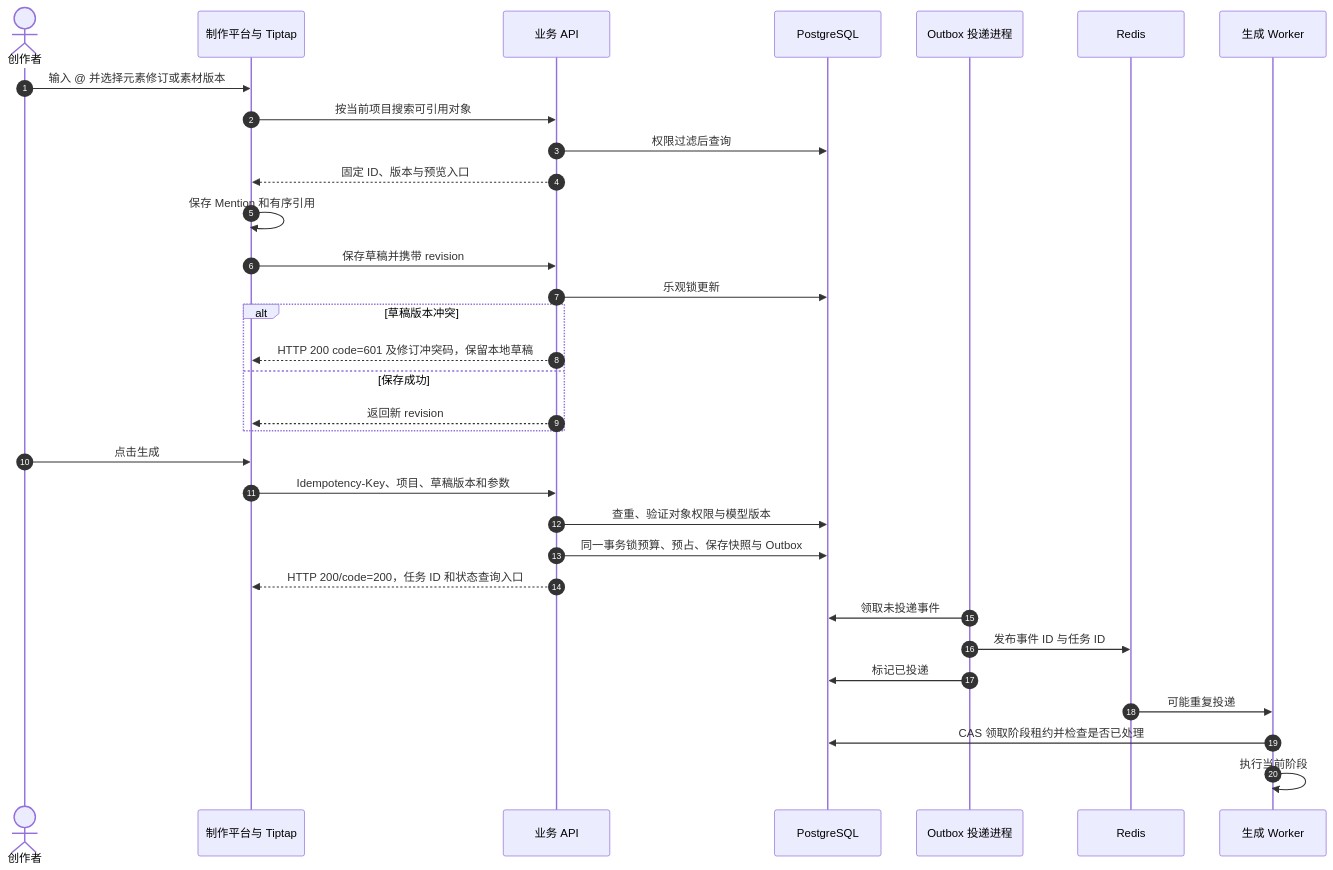
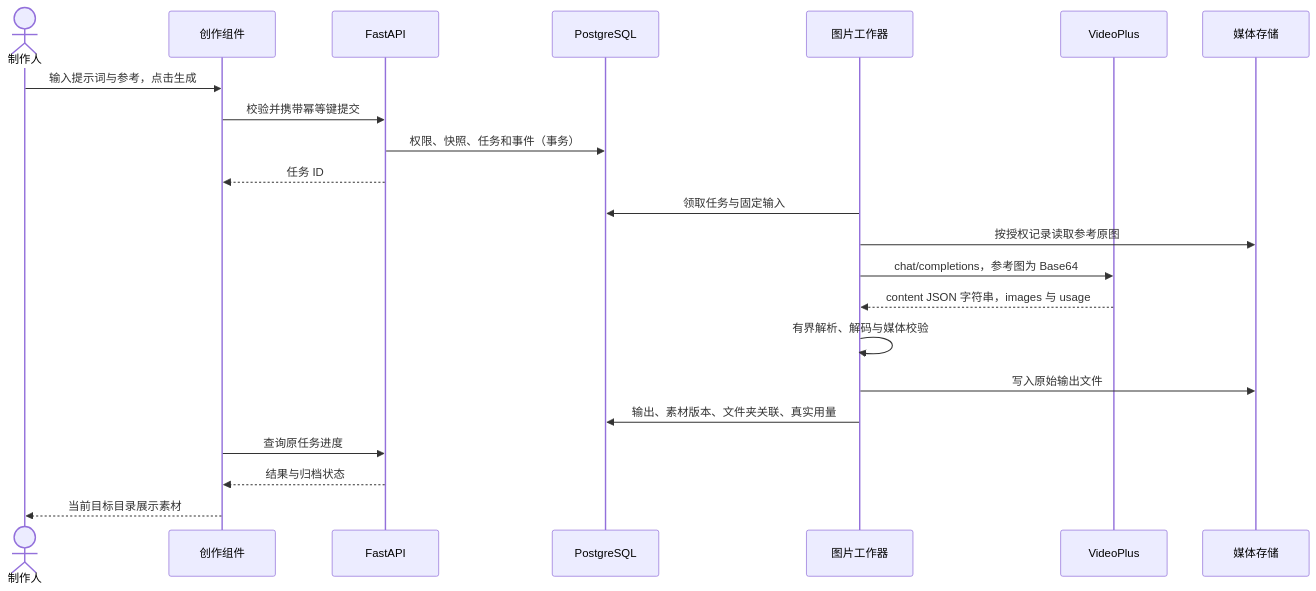
One commit to pleasureswx123/higgsfield changed the fifth of 8 diagrams in docs/技术架构方案.md. Above: the diagram before and after it, drawn with Mermaid. The commit also changed other lines of this file and 72 other files, not shown here.

````diff
--- a/docs/技术架构方案.md
+++ b/docs/技术架构方案.md
@@ -815,34 +150,24 @@
 ```mermaid
 sequenceDiagram
-    autonumber
-    actor U as 创作者
-    participant UI as 制作平台与 Tiptap
-    participant API as 业务 API
-    participant DB as PostgreSQL
-    participant DS as Outbox 投递进程
-    participant Q as Redis
-    participant W as 生成 Worker
-    U->>UI: 输入 @ 并选择元素修订或素材版本
-    UI->>API: 按当前项目搜索可引用对象
-    API->>DB: 权限过滤后查询
-    API-->>UI: 固定 ID、版本与预览入口
-    UI->>UI: 保存 Mention 和有序引用
-    UI->>API: 保存草稿并携带 revision
-    API->>DB: 乐观锁更新
-    alt 草稿版本冲突
-        API-->>UI: HTTP 200 code=601 及修订冲突码，保留本地草稿
-    else 保存成功
-        API-->>UI: 返回新 revision
-    end
-    U->>UI: 点击生成
-    UI->>API: Idempotency-Key、项目、草稿版本和参数
-    API->>DB: 查重、验证对象权限与模型版本
-    API->>DB: 同一事务锁预算、预占、保存快照与 Outbox
-    API-->>UI: HTTP 200/code=200，任务 ID 和状态查询入口
-    DS->>DB: 领取未投递事件
-    DS->>Q: 发布事件 ID 与任务 ID
-    DS->>DB: 标记已投递
-    Q->>W: 可能重复投递
-    W->>DB: CAS 领取阶段租约并检查是否已处理
-    W->>W: 执行当前阶段
+  actor U as 制作人
+  participant UI as 创作组件
+  participant API as FastAPI
+  participant DB as PostgreSQL
+  participant W as 图片工作器
+  participant G as VideoPlus
+  participant S as 媒体存储
+  U->>UI: 输入提示词与参考，点击生成
+  UI->>API: 校验并携带幂等键提交
+  API->>DB: 权限、快照、任务和事件（事务）
+  API-->>UI: 任务 ID
+  W->>DB: 领取任务与固定输入
+  W->>S: 按授权记录读取参考原图
+  W->>G: chat/completions，参考图为 Base64
+  G-->>W: content JSON 字符串，images 与 usage
+  W->>W: 有界解析、解码与媒体校验
+  W->>S: 写入原始输出文件
+  W->>DB: 输出、素材版本、文件夹关联、真实用量
+  UI->>API: 查询原任务进度
+  API-->>UI: 结果与归档状态
+  UI-->>U: 当前目标目录展示素材
 ```
````
